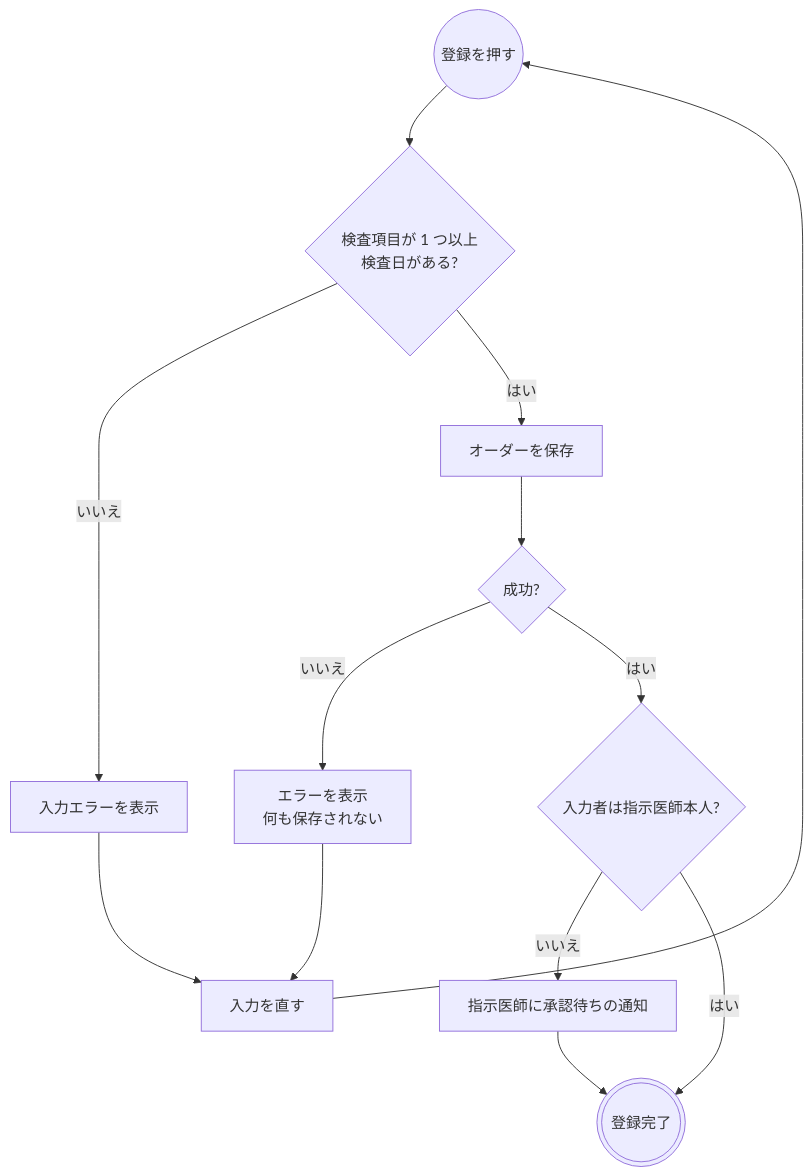
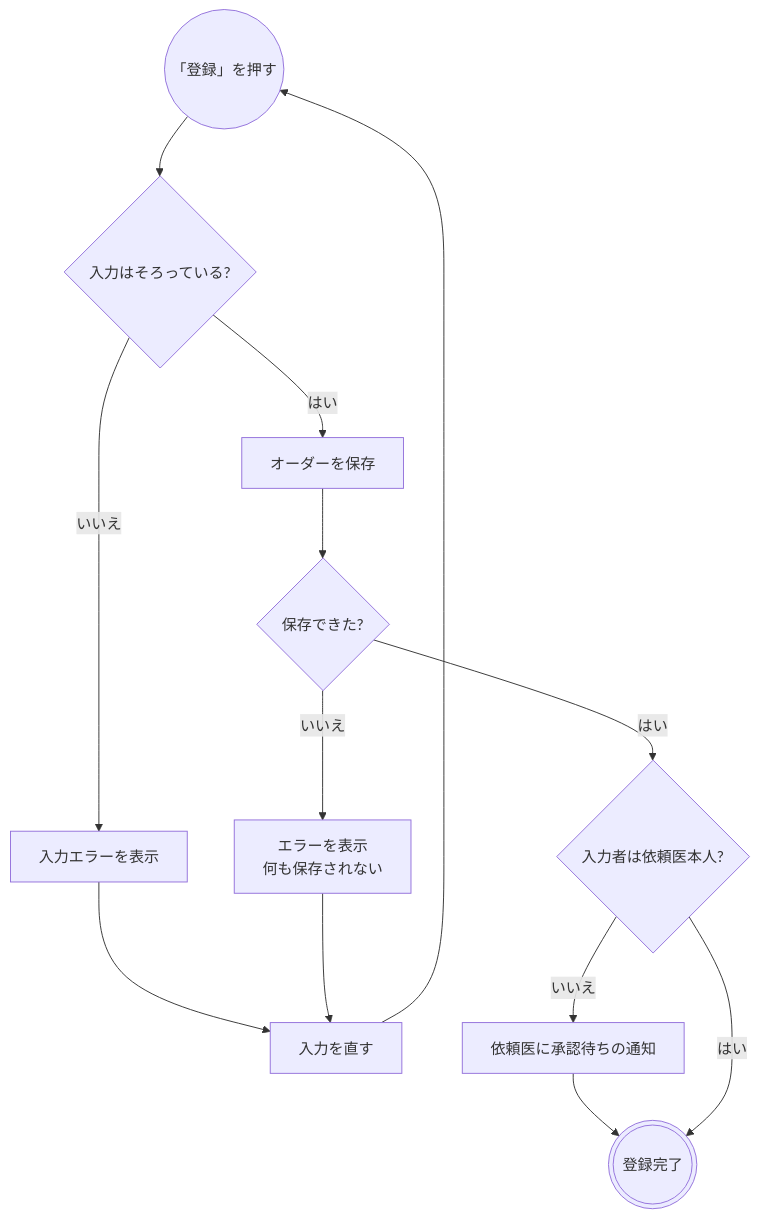
One commit to ysnr-dev/fhir-client-docs changed the second of 6 diagrams in docs/flows/lab.md. Above: the diagram before and after it, drawn with Mermaid. The commit also changed other lines of this file and 43 other files, not shown here.

Commit message:
docs: 業務フローとシーケンス図を写し直し

````diff
--- a/docs/flows/lab.md
+++ b/docs/flows/lab.md
@@ -90,21 +93,21 @@
 ```mermaid
 flowchart TD
-  submit(("登録を押す"))
-  valid{"検査項目が 1 つ以上<br/>検査日がある?"}
+  submit(("「登録」を押す"))
+  valid{"入力はそろっている?"}
   validError["入力エラーを表示"]
+  fix["入力を直す"]
   send["オーダーを保存"]
-  result{"成功?"}
+  result{"保存できた?"}
   failed["エラーを表示<br/>何も保存されない"]
-  proxy{"入力者は指示医師本人?"}
-  approval["指示医師に承認待ちの通知"]
+  proxy{"入力者は依頼医本人?"}
+  approval["依頼医に承認待ちの通知"]
   done((("登録完了")))
-  fix["入力を直す"]
 
   submit --> valid
   valid -- "いいえ" --> validError --> fix --> submit
   valid -- "はい" --> send --> result
   result -- "いいえ" --> failed --> fix
   result -- "はい" --> proxy
   proxy -- "いいえ" --> approval --> done
   proxy -- "はい" --> done
 ```
````
